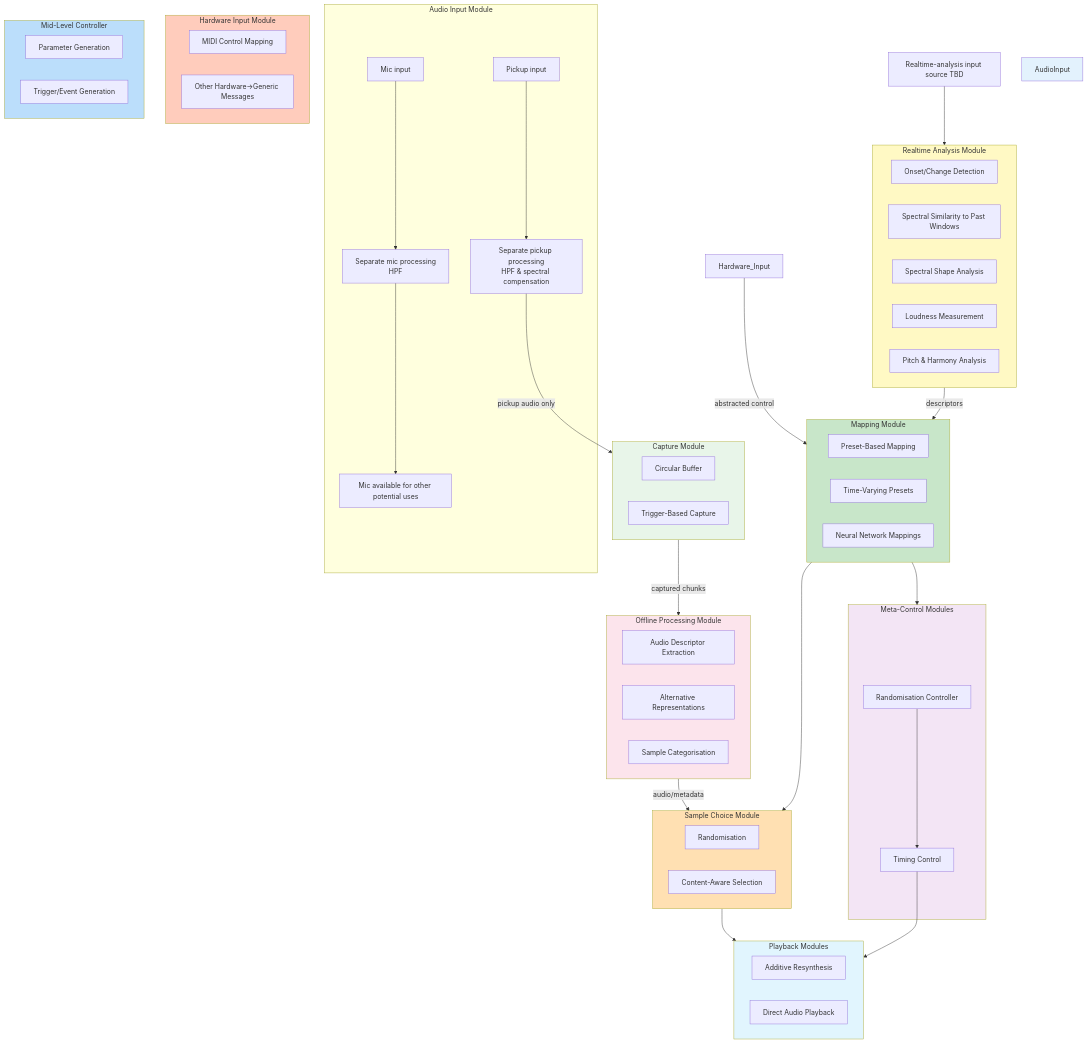
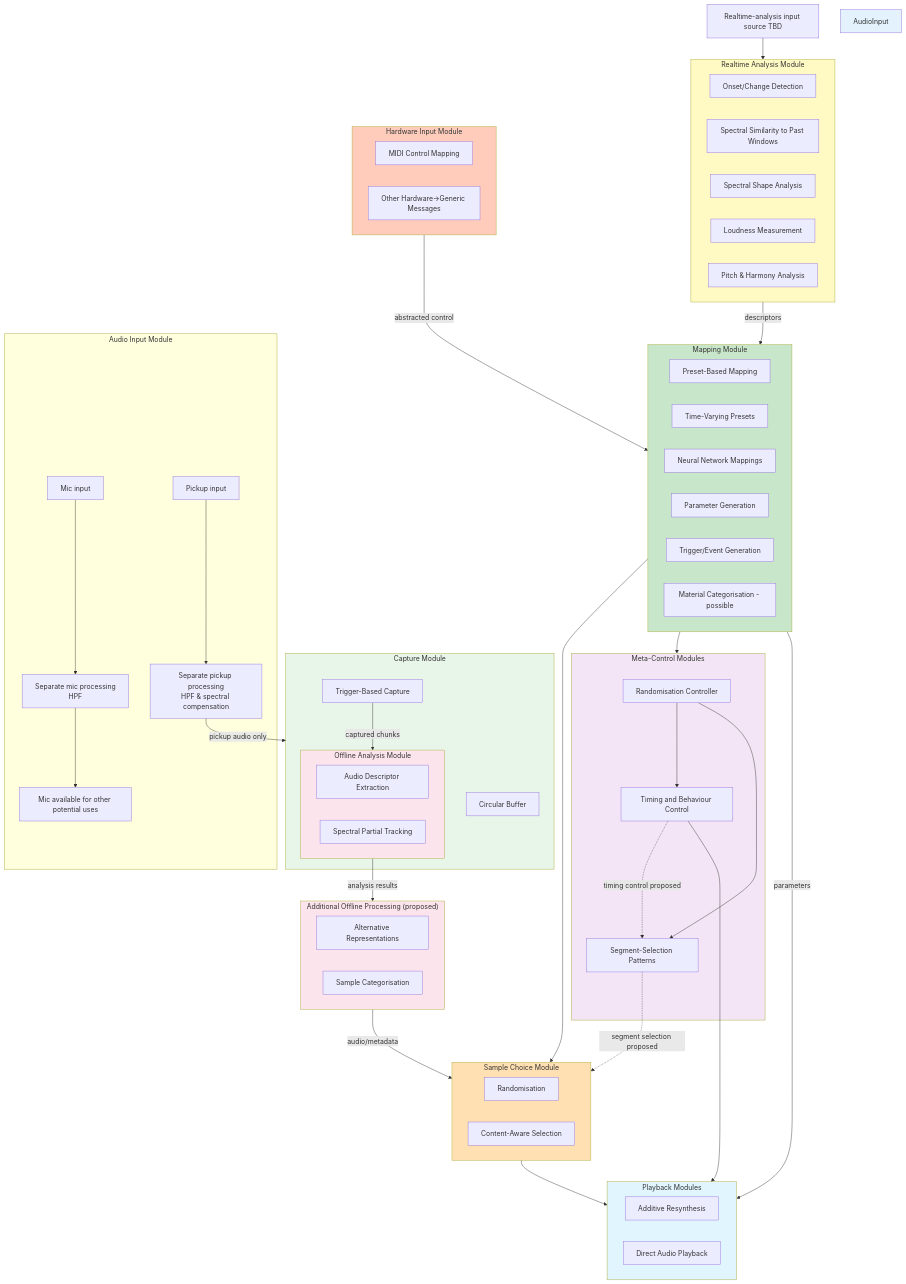
The first of 5 diagrams in System Architecture.md (AlexHarker/wintersleep), drawn with Mermaid before and after one commit. The commit also changed other lines of this file and 1 other file, not shown here.

Commit message:
Updated notes

````diff
--- a/System Architecture.md
+++ b/System Architecture.md
@@ -28,10 +28,14 @@
     subgraph Capture["Capture Module"]
         CircularBuffer[Circular Buffer]
         TriggerCapture[Trigger-Based Capture]
+        subgraph Offline_Analysis["Offline Analysis Module"]
+            DeriveDescriptors[Audio Descriptor Extraction]
+            PartialTracks[Spectral Partial Tracking]
+        end
+        TriggerCapture -->|captured chunks| Offline_Analysis
     end
     
-    subgraph Offline_Processing["Offline Processing Module"]
-        DeriveDescriptors[Audio Descriptor Extraction]
+    subgraph Offline_Processing["Additional Offline Processing (proposed)"]
         AlternativeReps[Alternative Representations]
         Categorise[Sample Categorisation]
     end
@@ -48,7 +52,8 @@
     
     subgraph Control["Meta-Control Modules"]
         Randomisation[Randomisation Controller]
-        Timing[Timing Control]
+        Timing[Timing and Behaviour Control]
+        BehaviourPatterns[Segment-Selection Patterns]
     end
     
     subgraph Input_Hardware["Hardware Input Module"]
@@ -60,36 +65,38 @@
         PresetMap[Preset-Based Mapping]
         TimeVar[Time-Varying Presets]
         NeuralMap[Neural Network Mappings]
-    end
-    
-    subgraph MidLevel["Mid-Level Controller"]
         ParameterGen[Parameter Generation]
         TriggerGen[Trigger/Event Generation]
+        MaterialCategorisation[Material Categorisation - possible]
     end
     
     PickupProcessing -->|pickup audio only| Capture
     AnalysisInput --> Realtime_Analysis
     
     Realtime_Analysis -->|descriptors| Mapping
-    Capture -->|captured chunks| Offline_Processing
+    Offline_Analysis -->|analysis results| Offline_Processing
     Mapping --> Sample_Choice
     Offline_Processing -->|audio/metadata| Sample_Choice
     
     Sample_Choice --> Playback
     Mapping --> Control
-    Hardware_Input -->|abstracted control| Mapping
+    Mapping -->|parameters| Playback
+    Input_Hardware -->|abstracted control| Mapping
     
     Randomisation --> Timing
     Timing --> Playback
+    Randomisation --> BehaviourPatterns
+    Timing -.->|timing control proposed| BehaviourPatterns
+    BehaviourPatterns -.->|segment selection proposed| Sample_Choice
     
     style AudioInput fill:#e3f2fd
     style Realtime_Analysis fill:#fff9c4
     style Capture fill:#e8f5e9
+    style Offline_Analysis fill:#fce4ec
     style Offline_Processing fill:#fce4ec
     style Sample_Choice fill:#ffe0b2
     style Playback fill:#e1f5fe
     style Control fill:#f3e5f5
     style Input_Hardware fill:#ffccbc
     style Mapping fill:#c8e6c9
-    style MidLevel fill:#bbdefb
 ```
````
